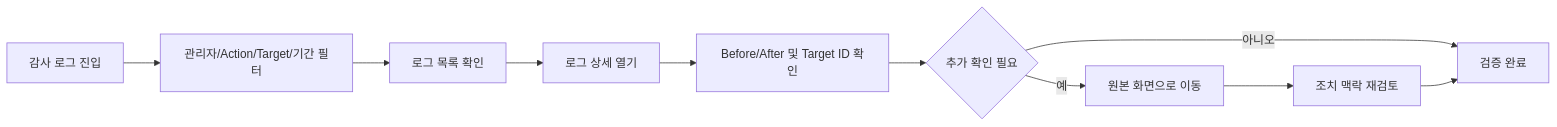
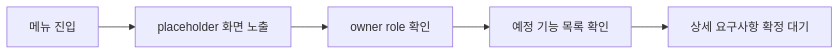
The fifth of 5 diagrams in docs/specs/admin-page-flows-mermaid.md (blackstarzck/topik-ai), drawn with Mermaid before and after one commit. The commit also changed other lines of this file and 26 other files, not shown here.

````diff
--- a/docs/specs/admin-page-flows-mermaid.md
+++ b/docs/specs/admin-page-flows-mermaid.md
@@ -159,12 +58,7 @@
 ```mermaid
 flowchart LR
-  A[감사 로그 진입] --> B[관리자/Action/Target/기간 필터]
-  B --> C[로그 목록 확인]
-  C --> D[로그 상세 열기]
-  D --> E[Before/After 및 Target ID 확인]
-  E --> F{추가 확인 필요}
-  F -->|예| G[원본 화면으로 이동]
-  F -->|아니오| H[검증 완료]
-  G --> I[조치 맥락 재검토]
-  I --> H
+  A["메뉴 진입"] --> B["placeholder 화면 노출"]
+  B --> C["owner role 확인"]
+  C --> D["예정 기능 목록 확인"]
+  D --> E["상세 요구사항 확정 대기"]
 ```
````
